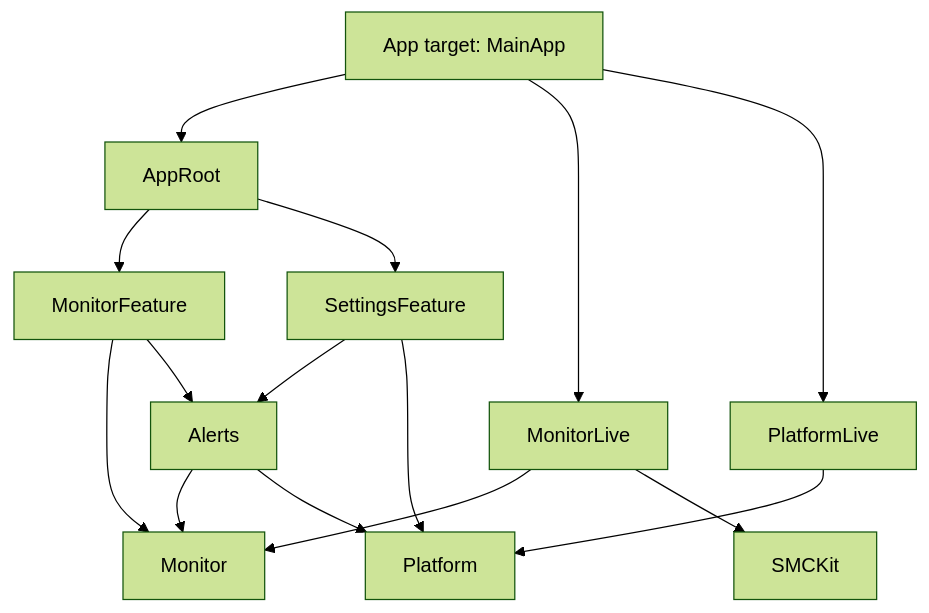
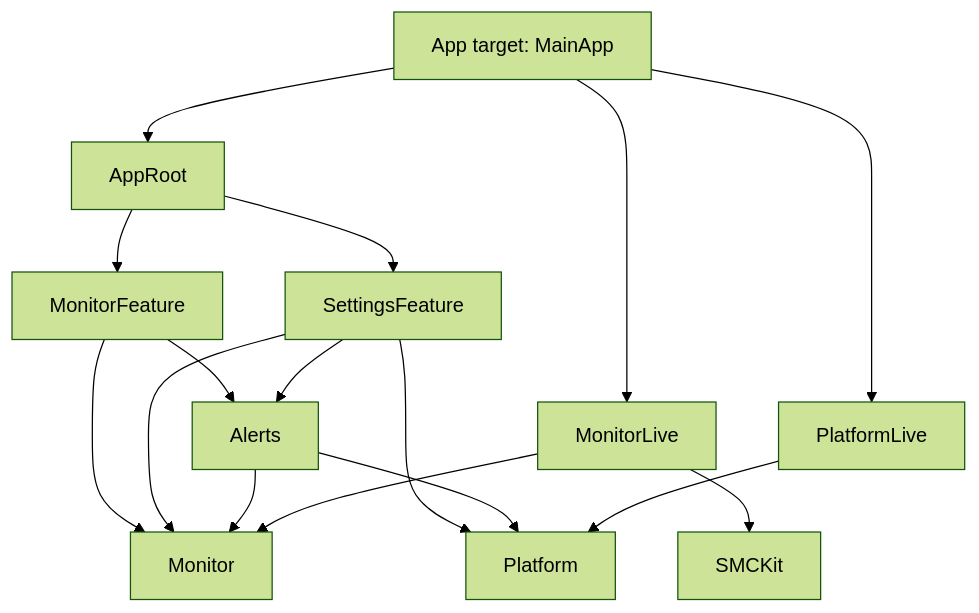
The second of 5 diagrams in docs/ARCHITECTURE.md (chengzi-io/macos-swiftui-spm-template), drawn with Mermaid (forest theme) before and after one commit.

Commit message:
docs: show settings depending on the monitor domain

````diff
--- a/docs/ARCHITECTURE.md
+++ b/docs/ARCHITECTURE.md
@@ -77,17 +77,18 @@
 ```mermaid
 flowchart TB
     App["App target: MainApp"] --> AppRoot
     App --> MonitorLive
     App --> PlatformLive
     AppRoot --> MonitorFeature
     AppRoot --> SettingsFeature
     MonitorFeature --> Monitor
     MonitorFeature --> Alerts
+    SettingsFeature --> Monitor
     SettingsFeature --> Alerts
     SettingsFeature --> Platform
     Alerts --> Monitor
     Alerts --> Platform
     MonitorLive --> Monitor
     MonitorLive --> SMCKit
     PlatformLive --> Platform
 ```
````
